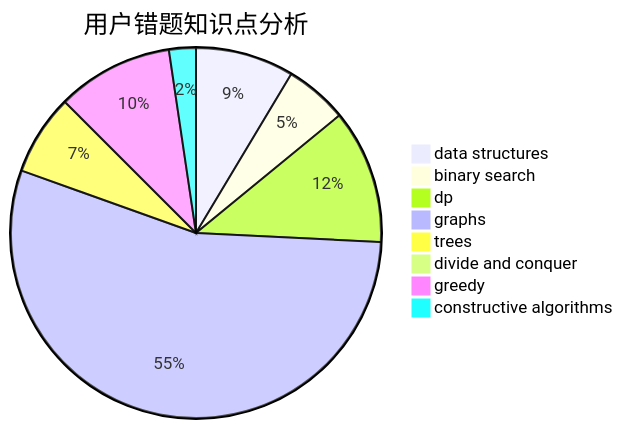
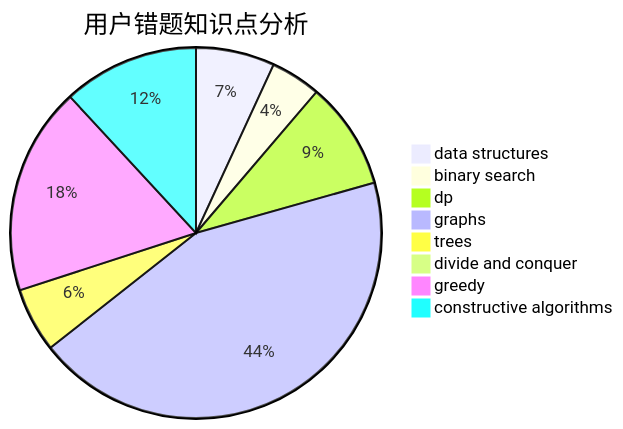
One commit to sherpahu/cfrs.github.io changed the third of 3 diagrams in docs/user/u2297.md. Above: the diagram before and after it, drawn with Mermaid. The commit also changed other lines of this file and 2770 other files, not shown here.

````diff
--- a/docs/user/u2297.md
+++ b/docs/user/u2297.md
@@ -36,11 +36,11 @@
 ```mermaid
 pie title 用户错题知识点分析
     "data structures" :  11
     "binary search" :  7
     "dp" :  15
     "graphs" :  70
     "trees" :  9
     "divide and conquer" :  0
-    "greedy" :  13
-    "constructive algorithms" :  3
+    "greedy" :  29
+    "constructive algorithms" :  19
 ```
````
